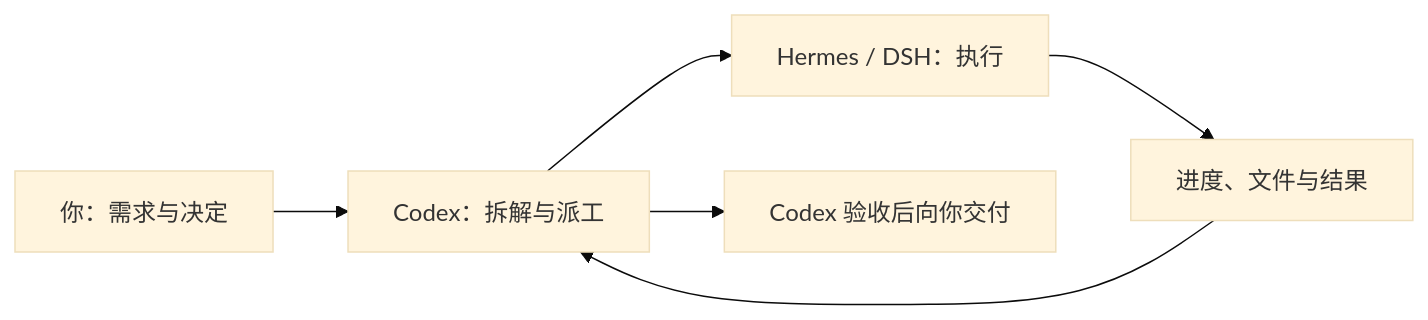
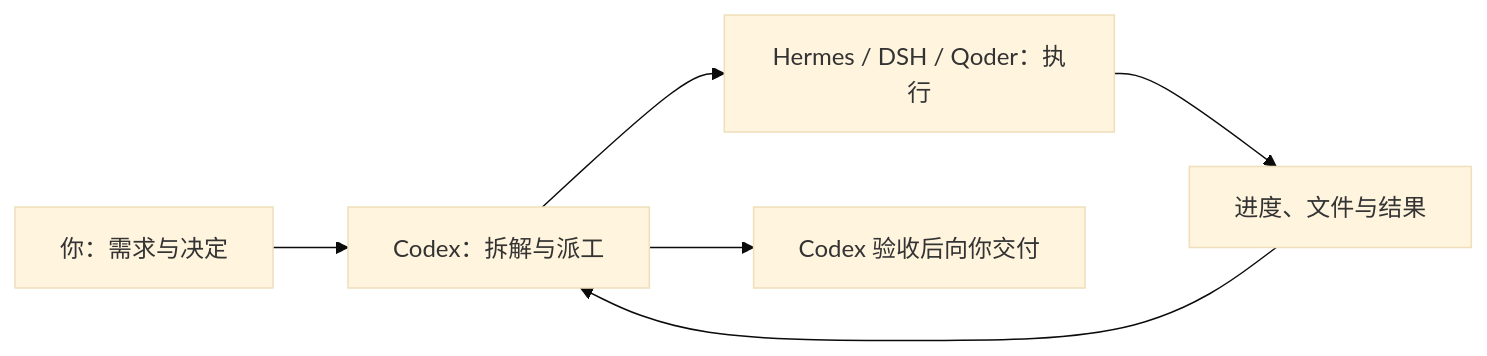
Before and after one commit to heystarlink/codex-to-agents: the diagram in README.md, drawn with Mermaid (base theme). The commit also changed other lines of this file and 40 other files, not shown here.

````diff
--- a/README.md
+++ b/README.md
@@ -27,8 +27,8 @@
 ```mermaid
 flowchart LR
     U[你：需求与决定] --> C[Codex：拆解与派工]
-    C --> A[Hermes / DSH：执行]
+    C --> A[Hermes / DSH / Qoder：执行]
     A --> R[进度、文件与结果]
     R --> C
     C --> V[Codex 验收后向你交付]
 ```
````
